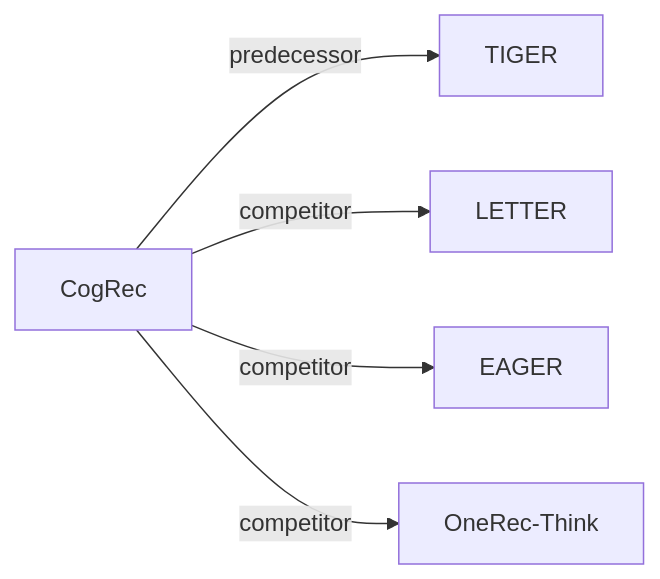
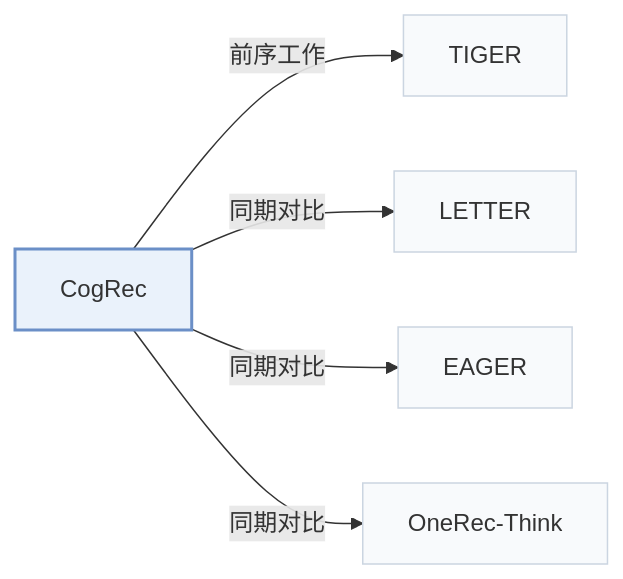
Before and after one commit to Galaxy-ghost/Awesome-SID-Generative-Rec: the second of 2 diagrams in pages/zh/papers/cogrec.md, drawn with Mermaid. The commit also changed other lines of this file and 649 other files, not shown here.

Commit message:
writer-05: also tags and modality index (schema, check, build, visuals); summary field removed; calibration data for 12 papers

````diff
--- a/pages/zh/papers/cogrec.md
+++ b/pages/zh/papers/cogrec.md
@@ -69,8 +74,12 @@
 ```mermaid
 flowchart LR
     P["CogRec"]
-    P -->|predecessor| A["TIGER"]
-    P -->|competitor| B["LETTER"]
-    P -->|competitor| C["EAGER"]
-    P -->|competitor| D["OneRec-Think"]
+    P -->|"前序工作"| A["TIGER"]
+    P -->|"同期对比"| B["LETTER"]
+    P -->|"同期对比"| C["EAGER"]
+    P -->|"同期对比"| D["OneRec-Think"]
+    classDef main fill:#eaf2fb,stroke:#6b8fc7,stroke-width:2px
+    classDef peer fill:#f8fafc,stroke:#cbd5e1
+    class P main
+    class A,B,C,D peer
 ```
````
